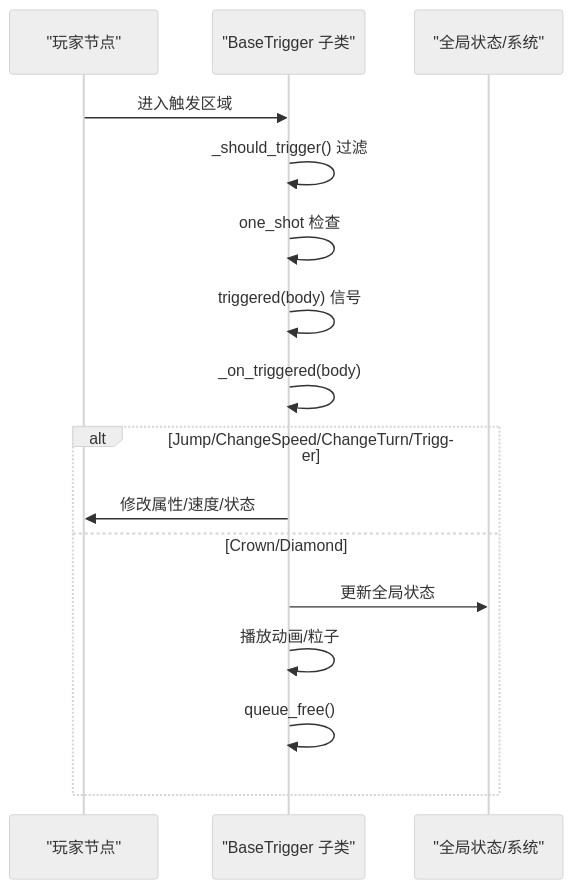
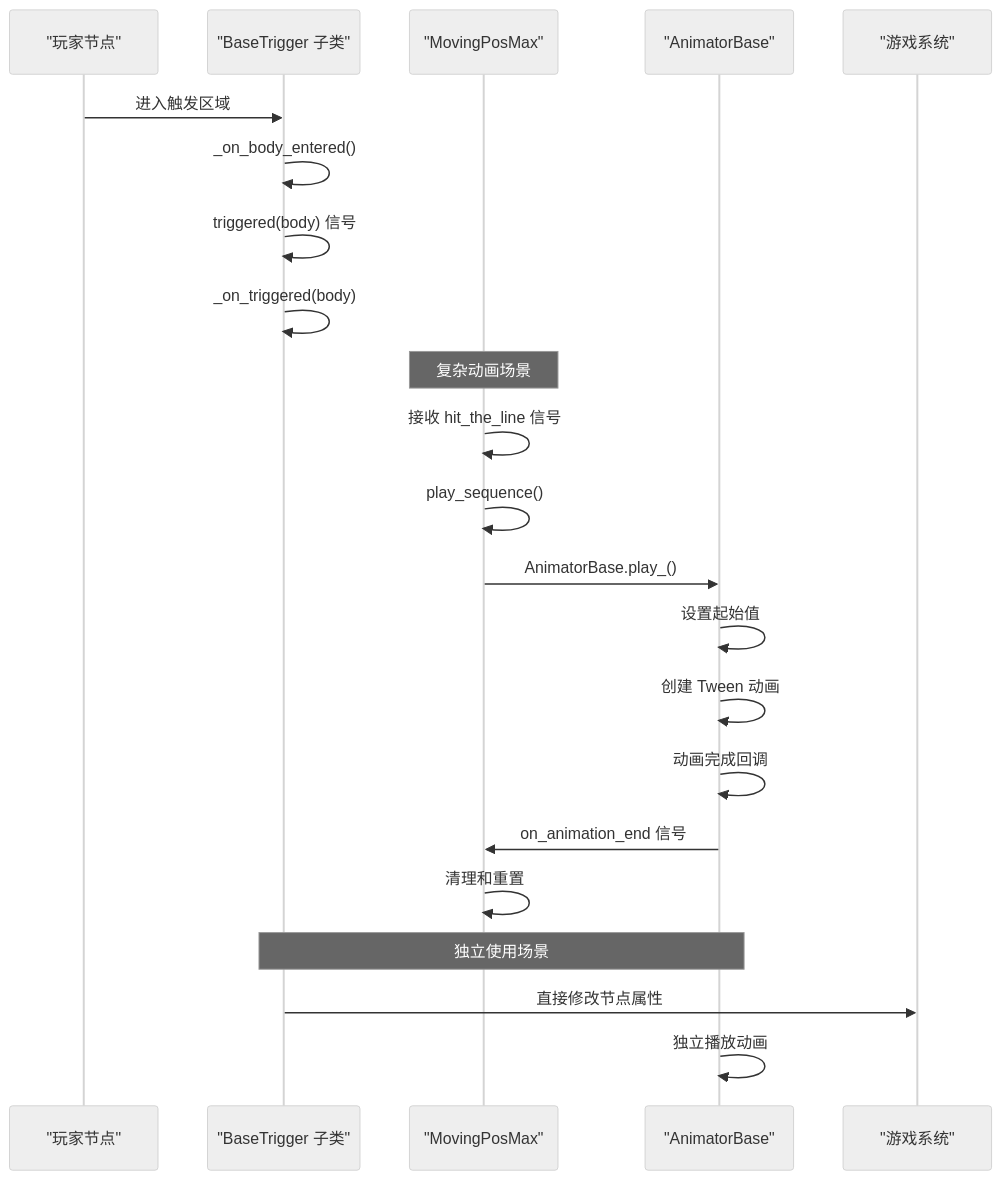
The third of 3 diagrams in .qoder/repowiki/zh/content/API参考/触发器系统API.md (godotline/godot-line), drawn with Mermaid (neutral theme) before and after one commit. The commit also changed other lines of this file and 13 other files, not shown here.

````diff
--- a/.qoder/repowiki/zh/content/API参考/触发器系统API.md
+++ b/.qoder/repowiki/zh/content/API参考/触发器系统API.md
@@ -301,18 +333,24 @@
 ```mermaid
 sequenceDiagram
 participant Player as "玩家节点"
 participant Trigger as "BaseTrigger 子类"
-participant Game as "全局状态/系统"
+participant MovingPos as "MovingPosMax"
+participant Animator as "AnimatorBase"
+participant Game as "游戏系统"
 Player->>Trigger : 进入触发区域
-Trigger->>Trigger : _should_trigger() 过滤
-Trigger->>Trigger : one_shot 检查
+Trigger->>Trigger : _on_body_entered()
 Trigger->>Trigger : triggered(body) 信号
 Trigger->>Trigger : _on_triggered(body)
-alt Jump/ChangeSpeed/ChangeTurn/Trigger
-Trigger->>Player : 修改属性/速度/状态
-else Crown/Diamond
-Trigger->>Game : 更新全局状态
-Trigger->>Trigger : 播放动画/粒子
-Trigger->>Trigger : queue_free()
-end
+Note over MovingPos : 复杂动画场景
+MovingPos->>MovingPos : 接收 hit_the_line 信号
+MovingPos->>MovingPos : play_sequence()
+MovingPos->>Animator : AnimatorBase.play_()
+Animator->>Animator : 设置起始值
+Animator->>Animator : 创建 Tween 动画
+Animator->>Animator : 动画完成回调
+Animator->>MovingPos : on_animation_end 信号
+MovingPos->>MovingPos : 清理和重置
+Note over Trigger,Animator : 独立使用场景
+Trigger->>Game : 直接修改节点属性
+Animator->>Animator : 独立播放动画
 ```
````
